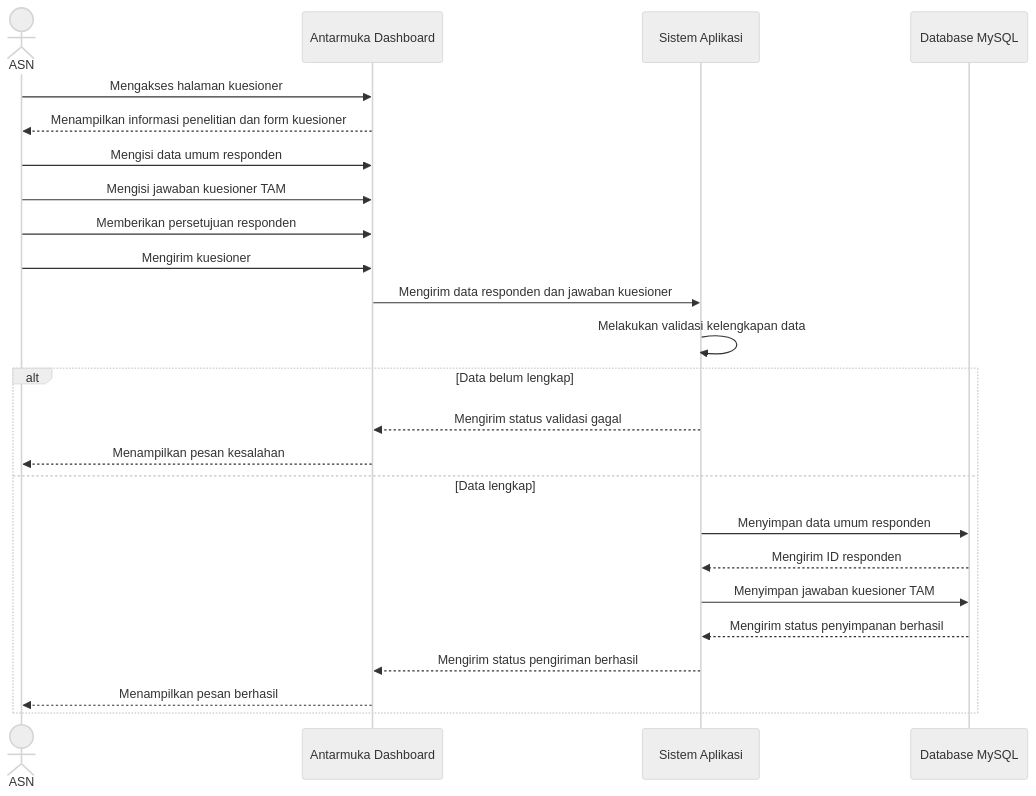
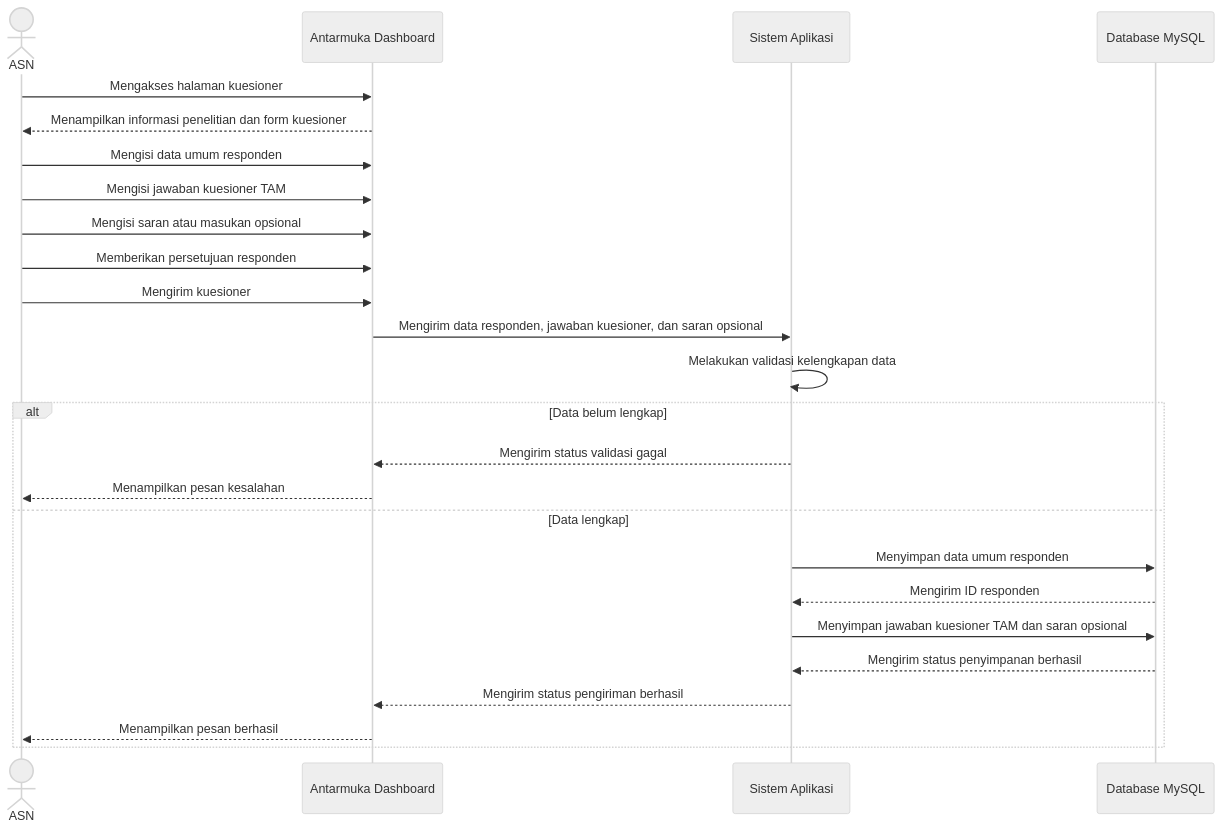
One commit to Gin-Gone26/dashboard-evaluasi-bebeong changed the first of 2 diagrams in docs/sequence_diagram.md. Above: the diagram before and after it, drawn with Mermaid (neutral theme). The commit also changed other lines of this file and 15 other files, not shown here.

Commit message:
Menambahkan saran opsional dan membuat jabatan opsional

````diff
--- a/docs/sequence_diagram.md
+++ b/docs/sequence_diagram.md
@@ -5,30 +5,31 @@
 ```mermaid
 sequenceDiagram
     actor ASN
     participant Antarmuka as Antarmuka Dashboard
     participant Sistem as Sistem Aplikasi
     participant Database as Database MySQL
 
     ASN->>Antarmuka: Mengakses halaman kuesioner
     Antarmuka-->>ASN: Menampilkan informasi penelitian dan form kuesioner
 
     ASN->>Antarmuka: Mengisi data umum responden
     ASN->>Antarmuka: Mengisi jawaban kuesioner TAM
+    ASN->>Antarmuka: Mengisi saran atau masukan opsional
     ASN->>Antarmuka: Memberikan persetujuan responden
     ASN->>Antarmuka: Mengirim kuesioner
 
-    Antarmuka->>Sistem: Mengirim data responden dan jawaban kuesioner
+    Antarmuka->>Sistem: Mengirim data responden, jawaban kuesioner, dan saran opsional
     Sistem->>Sistem: Melakukan validasi kelengkapan data
 
     alt Data belum lengkap
         Sistem-->>Antarmuka: Mengirim status validasi gagal
         Antarmuka-->>ASN: Menampilkan pesan kesalahan
     else Data lengkap
         Sistem->>Database: Menyimpan data umum responden
         Database-->>Sistem: Mengirim ID responden
-        Sistem->>Database: Menyimpan jawaban kuesioner TAM
+        Sistem->>Database: Menyimpan jawaban kuesioner TAM dan saran opsional
         Database-->>Sistem: Mengirim status penyimpanan berhasil
         Sistem-->>Antarmuka: Mengirim status pengiriman berhasil
         Antarmuka-->>ASN: Menampilkan pesan berhasil
     end
 ```
````
